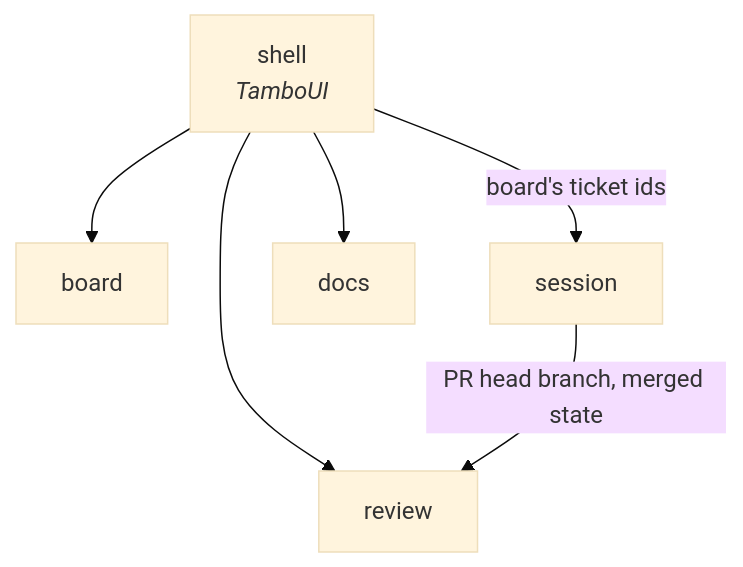
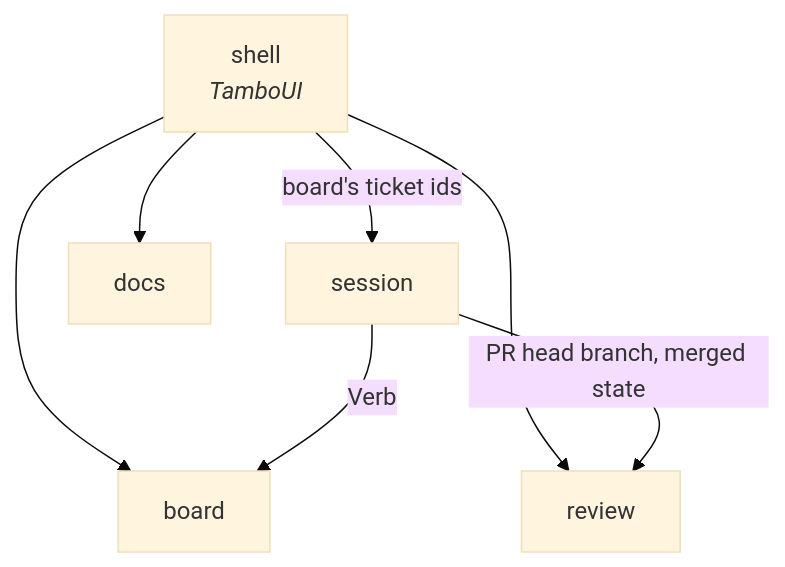
One commit to maxenceng/lazyclaude changed the diagram in docs/context-map.md. Above: the diagram before and after it, drawn with Mermaid (base theme). The commit also changed other lines of this file and 103 other files, not shown here.

First line of the commit message:
SESSION-5: start or resume a session from a ticket — verb picker, ticket worktree (#25)

````diff
--- a/docs/context-map.md
+++ b/docs/context-map.md
@@ -29,13 +29,14 @@
 ```mermaid
 graph TD
     shell[shell<br/><i>TamboUI</i>]
     board[board]
     session[session]
     review[review]
     docs[docs]
     shell --> board
     shell -- "board's ticket ids" --> session
     shell --> review
     shell --> docs
     session -- "PR head branch, merged state" --> review
+    session -- "Verb" --> board
 ```
````
